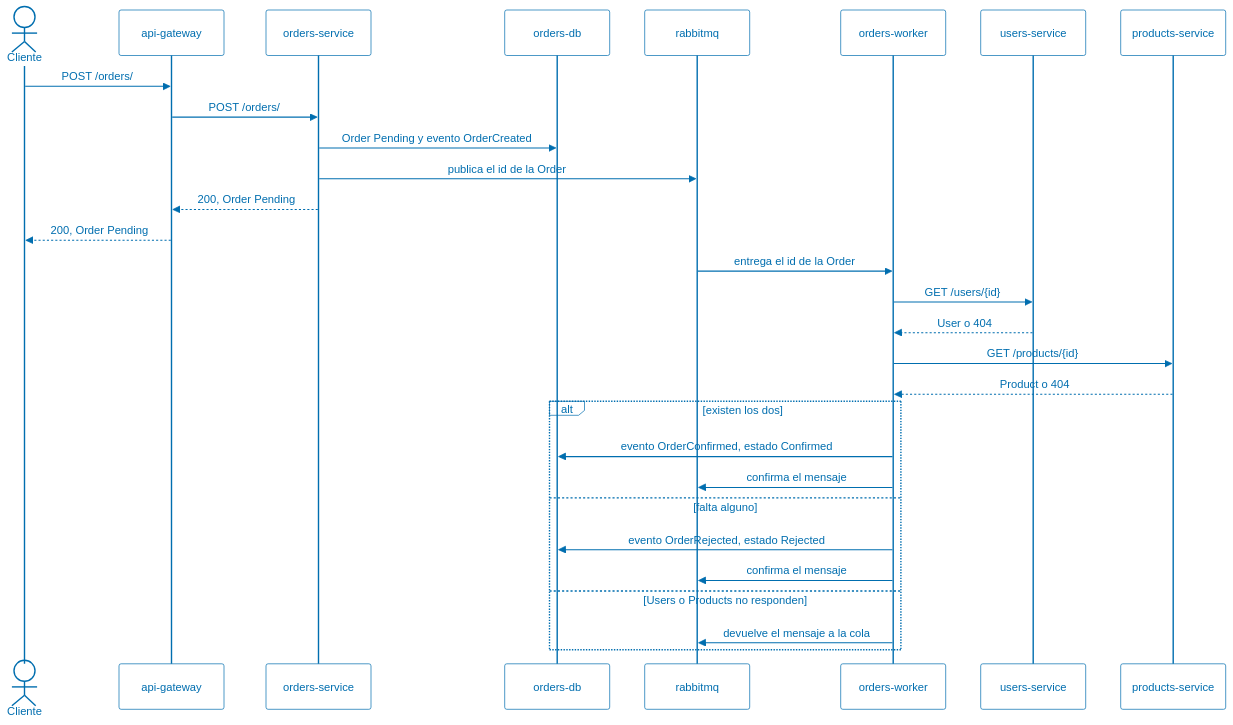
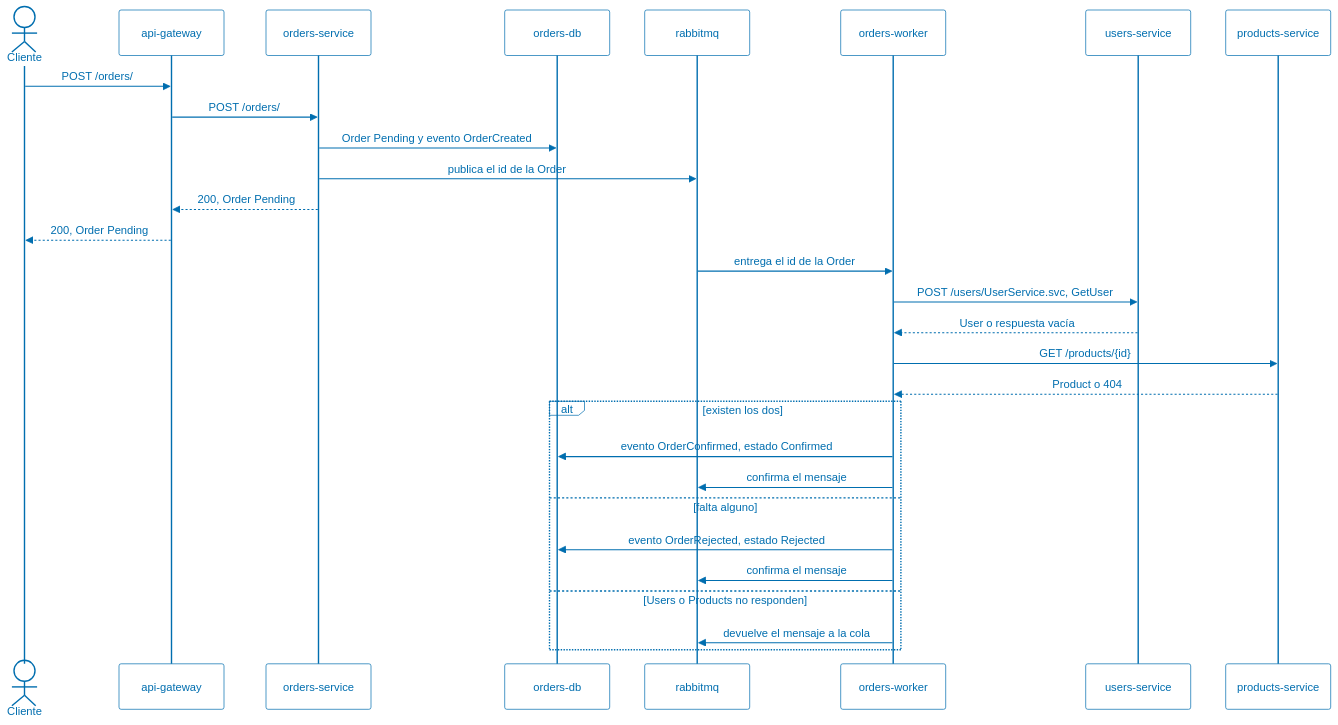
The second of 2 diagrams in ARCHITECTURE.md (ucudal/ANDIS2_UT4_DEMO1), drawn with Mermaid before and after one commit. The commit also changed other lines of this file and 15 other files, not shown here.

Commit message:
Using SOAP instead of REST in UsersService

````diff
--- a/ARCHITECTURE.md
+++ b/ARCHITECTURE.md
@@ -122,64 +122,64 @@
 ```mermaid
 ---
 config:
   theme: base
   themeVariables:
     fontSize: 14px
     background: transparent
     mainBkg: transparent
     secondaryColor: transparent
     tertiaryColor: transparent
     clusterBkg: transparent
     clusterBorder: '#006EAF'
     edgeLabelBackground: transparent
     primaryTextColor: '#006EAF'
     primaryBorderColor: '#006EAF'
     nodeBorder: '#006EAF'
     textColor: '#006EAF'
     titleColor: '#006EAF'
     lineColor: '#006EAF'
     actorBkg: transparent
     actorBorder: '#006EAF'
     actorTextColor: '#006EAF'
     actorLineColor: '#006EAF'
     signalColor: '#006EAF'
     signalTextColor: '#006EAF'
     labelBoxBkgColor: transparent
     labelBoxBorderColor: '#006EAF'
     labelTextColor: '#006EAF'
     loopTextColor: '#006EAF'
     useGradient: false
     dropShadow: false
 ---
 sequenceDiagram
     actor C as Cliente
     participant GW as api-gateway
     participant O as orders-service
     participant ODB as orders-db
     participant MQ as rabbitmq
     participant W as orders-worker
     participant U as users-service
     participant P as products-service
 
     C->>GW: POST /orders/
     GW->>O: POST /orders/
     O->>ODB: Order Pending y evento OrderCreated
     O->>MQ: publica el id de la Order
     O-->>GW: 200, Order Pending
     GW-->>C: 200, Order Pending
 
     MQ->>W: entrega el id de la Order
-    W->>U: GET /users/{id}
-    U-->>W: User o 404
+    W->>U: POST /users/UserService.svc, GetUser
+    U-->>W: User o respuesta vacía
     W->>P: GET /products/{id}
     P-->>W: Product o 404
     alt existen los dos
         W->>ODB: evento OrderConfirmed, estado Confirmed
         W->>MQ: confirma el mensaje
     else falta alguno
         W->>ODB: evento OrderRejected, estado Rejected
         W->>MQ: confirma el mensaje
     else Users o Products no responden
         W->>MQ: devuelve el mensaje a la cola
     end
 ```
````
